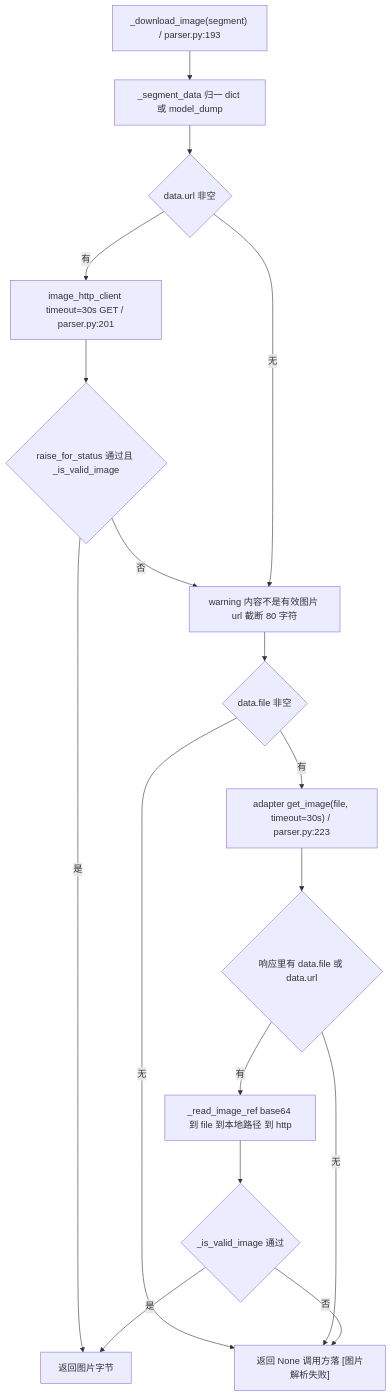
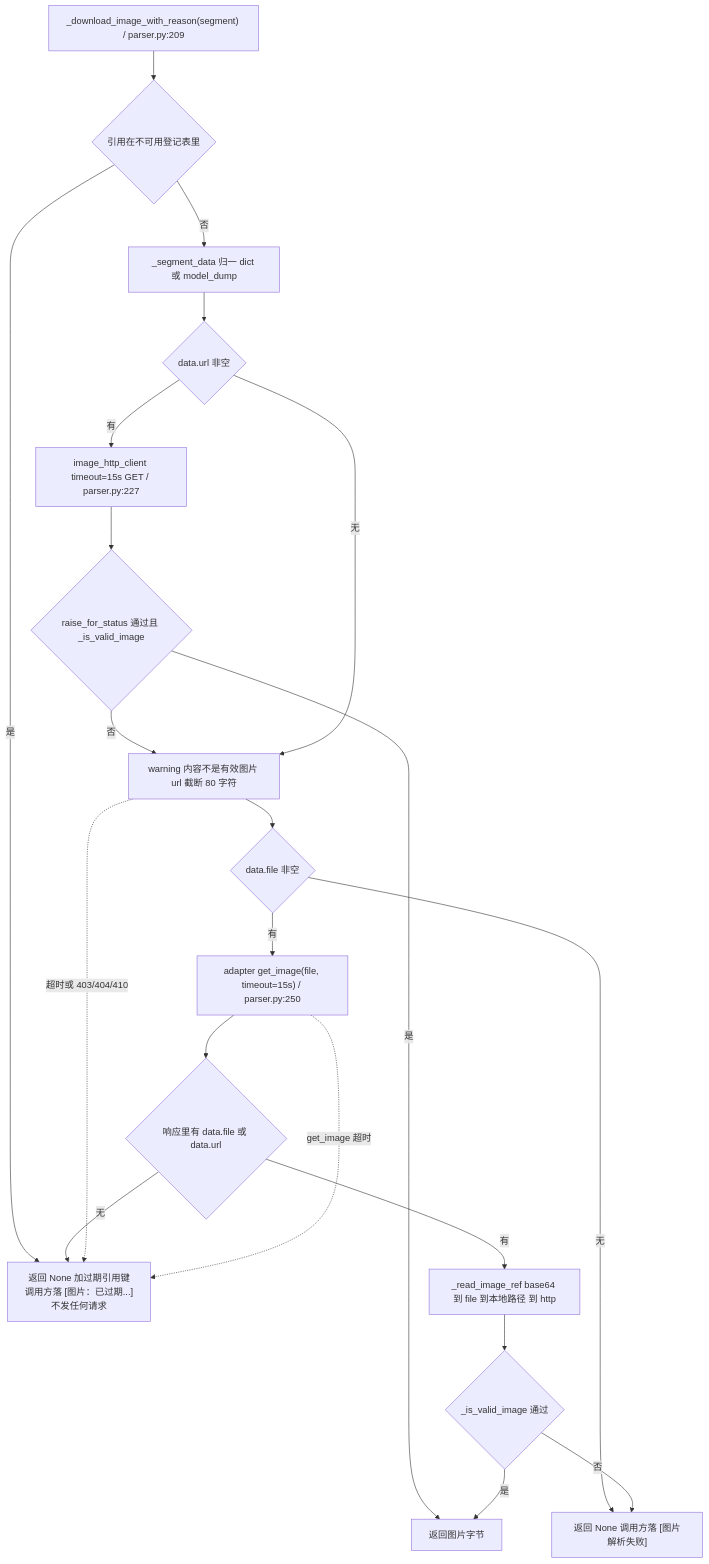
One commit to SuperQuail/NeoBot changed the third of 14 diagrams in docs/flow/14-emoji-image-parse.md. Above: the diagram before and after it, drawn with Mermaid. The commit also changed other lines of this file and 59 other files, not shown here.

First line of the commit message:
chore(release): 发布 1.2.4-a2（缺陷修复与图片、回复优化） (#79)

````diff
--- a/docs/flow/14-emoji-image-parse.md
+++ b/docs/flow/14-emoji-image-parse.md
@@ -126,19 +127,23 @@
 ```mermaid
 flowchart TD
-    A["_download_image(segment) / parser.py:193"] --> B["_segment_data 归一 dict 或 model_dump"]
+    A["_download_image_with_reason(segment) / parser.py:209"] --> A0{"引用在不可用登记表里"}
+    A0 -- 是 --> EXP["返回 None 加过期引用键<br/>调用方落 [图片：已过期...]<br/>不发任何请求"]
+    A0 -- 否 --> B["_segment_data 归一 dict 或 model_dump"]
     B --> C{"data.url 非空"}
-    C -- 有 --> D["image_http_client timeout=30s GET / parser.py:201"]
+    C -- 有 --> D["image_http_client timeout=15s GET / parser.py:227"]
     D --> E{"raise_for_status 通过且 _is_valid_image"}
     E -- 是 --> OK["返回图片字节"]
     E -- 否 --> W["warning 内容不是有效图片 url 截断 80 字符"]
     C -- 无 --> W
     W --> F{"data.file 非空"}
     F -- 无 --> NONE["返回 None 调用方落 [图片解析失败]"]
-    F -- 有 --> G["adapter get_image(file, timeout=30s) / parser.py:223"]
+    F -- 有 --> G["adapter get_image(file, timeout=15s) / parser.py:250"]
     G --> H{"响应里有 data.file 或 data.url"}
-    H -- 无 --> NONE
+    H -- 无 --> EXP
     H -- 有 --> I["_read_image_ref base64 到 file 到本地路径 到 http"]
     I --> J{"_is_valid_image 通过"}
     J -- 否 --> NONE
     J -- 是 --> OK
+    W -. 超时或 403/404/410 .-> EXP
+    G -. get_image 超时 .-> EXP
 ```
````
